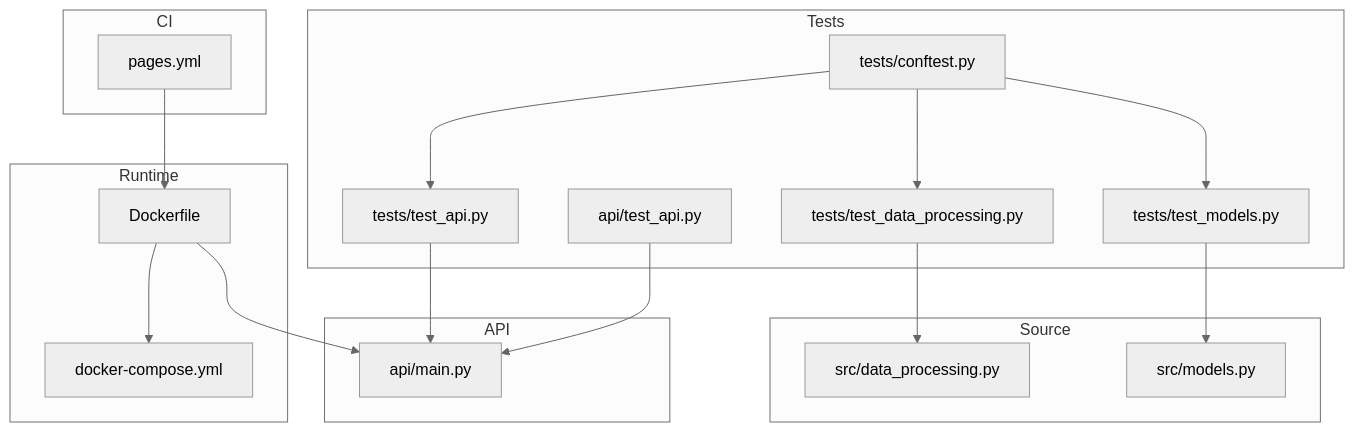
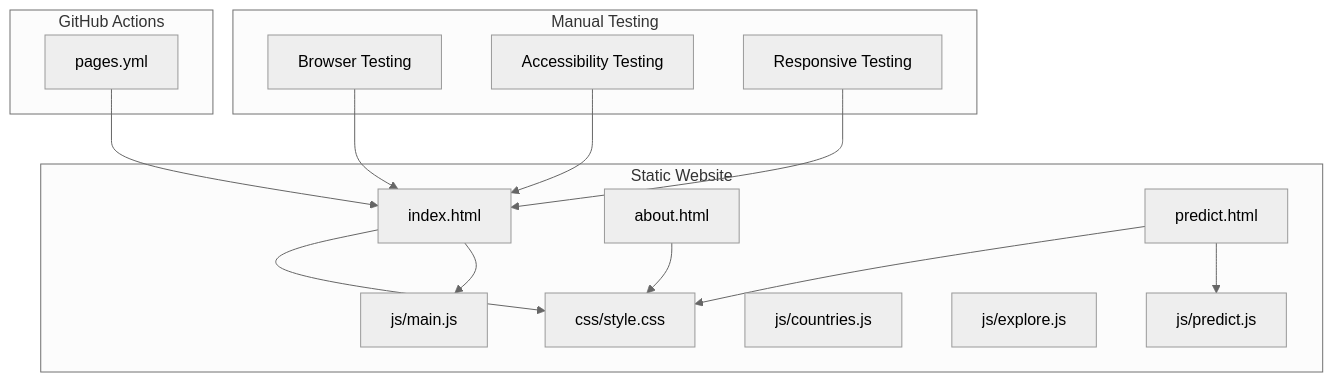
The first of 3 diagrams in .qoder/repowiki/en/content/Testing Strategy.md (tashkirrr/housing-price-prediction), drawn with Mermaid (neutral theme) before and after one commit. The commit also changed other lines of this file and 9 other files, not shown here.

First line of the commit message:
refactor(docs): restructure docs for static website deployment

````diff
--- a/.qoder/repowiki/en/content/Testing Strategy.md
+++ b/.qoder/repowiki/en/content/Testing Strategy.md
@@ -38,34 +50,30 @@
 ```mermaid
 graph TB
-subgraph "Tests"
-TCONF["tests/conftest.py"]
-TDATA["tests/test_data_processing.py"]
-TMODELS["tests/test_models.py"]
-TAPI["tests/test_api.py"]
-TAPISIMPLE["api/test_api.py"]
+subgraph "Static Website"
+HTML["index.html"]
+ABOUT["about.html"]
+PREDICT["predict.html"]
+CSS["css/style.css"]
+JSMAIN["js/main.js"]
+JSCOUNTRIES["js/countries.js"]
+JSEXPLORER["js/explore.js"]
+JSPREDICT["js/predict.js"]
 end
-subgraph "Source"
-SRC_DP["src/data_processing.py"]
-SRC_M["src/models.py"]
-end
-subgraph "API"
-API_MAIN["api/main.py"]
-end
-subgraph "Runtime"
-DOCKER["Dockerfile"]
-COMPOSE["docker-compose.yml"]
-end
-subgraph "CI"
+subgraph "GitHub Actions"
 GH["pages.yml"]
 end
-TCONF --> TDATA
-TCONF --> TMODELS
-TCONF --> TAPI
-TDATA --> SRC_DP
-TMODELS --> SRC_M
-TAPI --> API_MAIN
-TAPISIMPLE --> API_MAIN
-DOCKER --> API_MAIN
-DOCKER --> COMPOSE
-GH --> DOCKER
+subgraph "Manual Testing"
+MANUAL["Browser Testing"]
+ACCESS["Accessibility Testing"]
+RESP["Responsive Testing"]
+end
+HTML --> CSS
+ABOUT --> CSS
+PREDICT --> CSS
+HTML --> JSMAIN
+PREDICT --> JSPREDICT
+GH --> HTML
+MANUAL --> HTML
+ACCESS --> HTML
+RESP --> HTML
 ```
````
